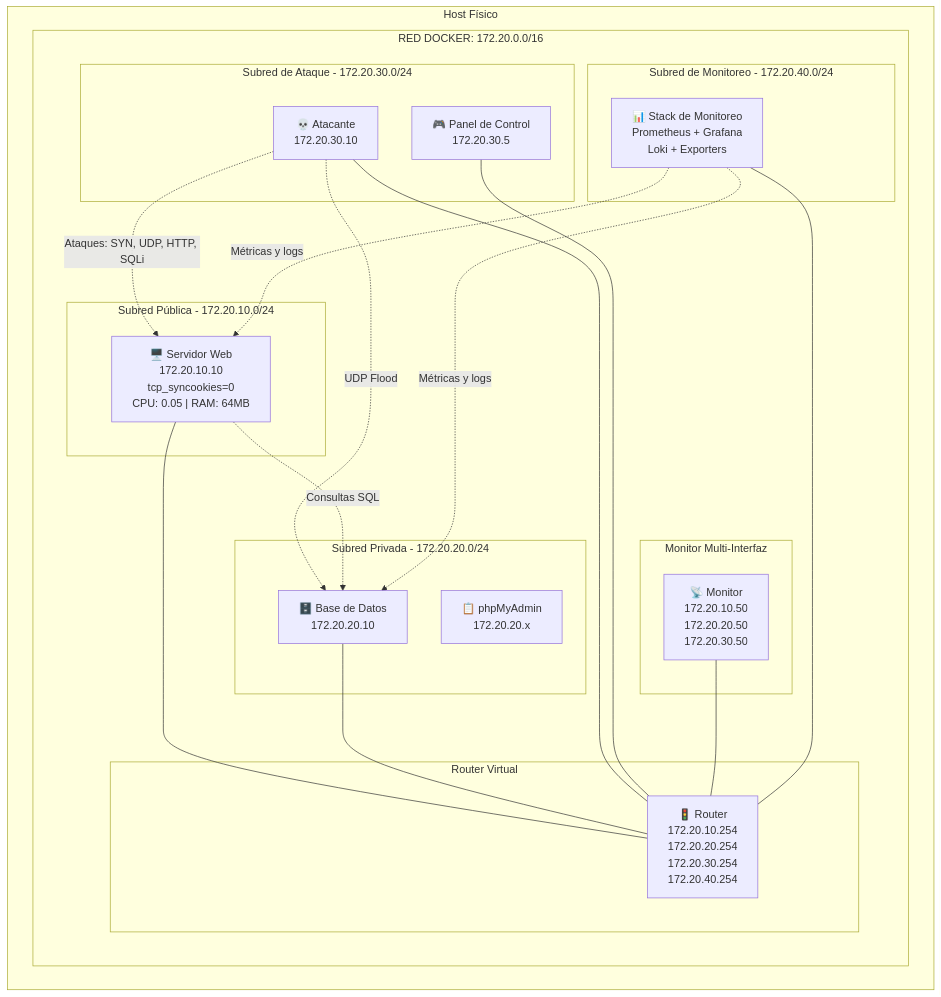
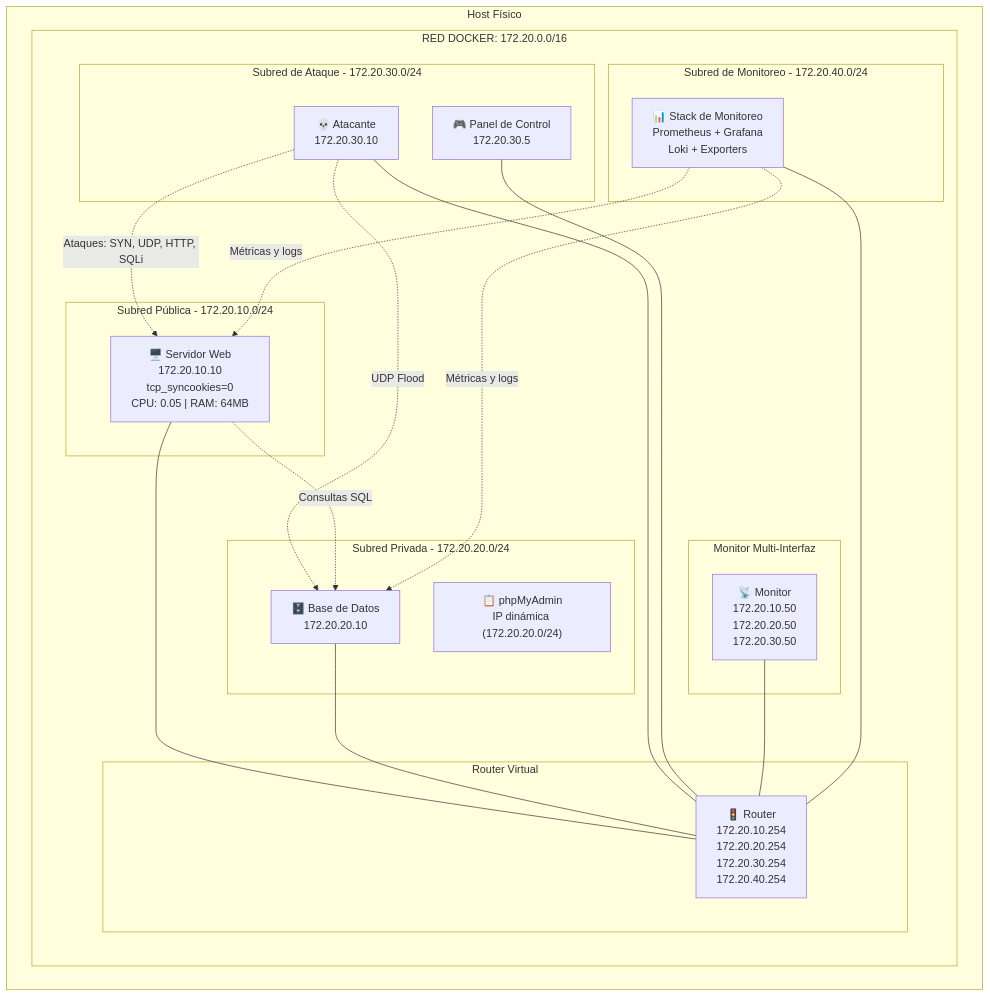
Before and after one commit to Santiago79/proyecto-redes-usfq: the diagram in README.md, drawn with Mermaid.

Commit message:
Clarify phpMyAdmin IP in README
Agent-Logs-Url: https://github.com/Santiago79/proyecto-redes-usfq/sessions/0ccf0fc1-9bcc-4a05-af49-85f1e9a1987f

````diff
--- a/README.md
+++ b/README.md
@@ -17,47 +17,47 @@
 ```mermaid
 graph TD
     subgraph "Host Físico"
         subgraph "RED DOCKER: 172.20.0.0/16"
             
             subgraph "Subred Pública - 172.20.10.0/24"
                 WEB["🖥️ Servidor Web<br/>172.20.10.10<br/>tcp_syncookies=0<br/>CPU: 0.05 | RAM: 64MB"]
             end
 
             subgraph "Subred Privada - 172.20.20.0/24"
                 DB["🗄️ Base de Datos<br/>172.20.20.10"]
-                PHPMYADMIN["📋 phpMyAdmin<br/>172.20.20.x"]
+                PHPMYADMIN["📋 phpMyAdmin<br/>IP dinámica (172.20.20.0/24)"]
             end
 
             subgraph "Subred de Ataque - 172.20.30.0/24"
                 ATTACKER["💀 Atacante<br/>172.20.30.10"]
                 PANEL["🎮 Panel de Control<br/>172.20.30.5"]
             end
 
             subgraph "Subred de Monitoreo - 172.20.40.0/24"
                 OBS["📊 Stack de Monitoreo<br/>Prometheus + Grafana<br/>Loki + Exporters"]
             end
 
             subgraph "Router Virtual"
                 ROUTER["🚦 Router<br/>172.20.10.254<br/>172.20.20.254<br/>172.20.30.254<br/>172.20.40.254"]
             end
 
             subgraph "Monitor Multi-Interfaz"
                 MONITOR["📡 Monitor<br/>172.20.10.50<br/>172.20.20.50<br/>172.20.30.50"]
             end
 
         end
     end
 
     WEB --- ROUTER
     DB --- ROUTER
     ATTACKER --- ROUTER
     PANEL --- ROUTER
     MONITOR --- ROUTER
     OBS --- ROUTER
 
     ATTACKER -.->|Ataques: SYN, UDP, HTTP, SQLi| WEB
     ATTACKER -.->|UDP Flood| DB
     WEB -.->|Consultas SQL| DB
     OBS -.->|Métricas y logs| WEB
     OBS -.->|Métricas y logs| DB
 ```
````
